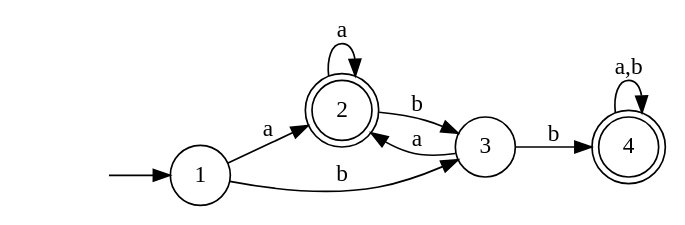
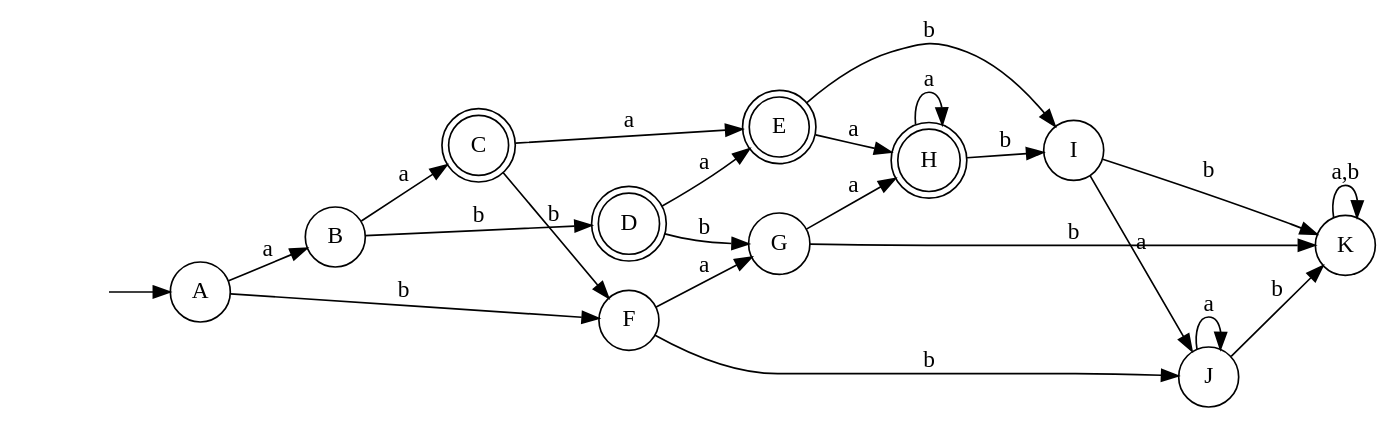
One commit to RomainLvr/AutomatonMinimizer changed the diagram in src/main/resources/test.dot. Above: the diagram before and after it, drawn with Graphviz. The commit also changed 2 other files, not shown here.

```diff
--- a/src/main/resources/test.dot
+++ b/src/main/resources/test.dot
@@ -1,17 +1,38 @@
 digraph Automate {
 rankdir=LR;
 node [shape=circle];
 start [shape=none, label=""];
-start -> 1;
-1[label=1];
-2[label=2, shape=doublecircle];
-3[label=3];
-4[label=4, shape=doublecircle];
-1 -> 2 [label="a"];
-1 -> 3 [label="b"];
-2 -> 2 [label="a"];
-2 -> 3 [label="b"];
-3 -> 2 [label="a"];
-3 -> 4 [label="b"];
-4 -> 4 [label="a,b"];
+start -> A;
+A[label=A];
+B[label=B];
+C[label=C, shape=doublecircle];
+D[label=D, shape=doublecircle];
+E[label=E, shape=doublecircle];
+F[label=F];
+G[label=G];
+H[label=H, shape=doublecircle];
+I[label=I];
+J[label=J];
+K[label=K];
+A -> B [label="a"];
+A -> F [label="b"];
+B -> C [label="a"];
+B -> D [label="b"];
+C -> E [label="a"];
+C -> F [label="b"];
+D -> E [label="a"];
+D -> G [label="b"];
+E -> H [label="a"];
+E -> I [label="b"];
+F -> G [label="a"];
+F -> J [label="b"];
+G -> H [label="a"];
+G -> K [label="b"];
+H -> H [label="a"];
+H -> I [label="b"];
+I -> J [label="a"];
+I -> K [label="b"];
+J -> J [label="a"];
+J -> K [label="b"];
+K -> K [label="a,b"];
 }
```
